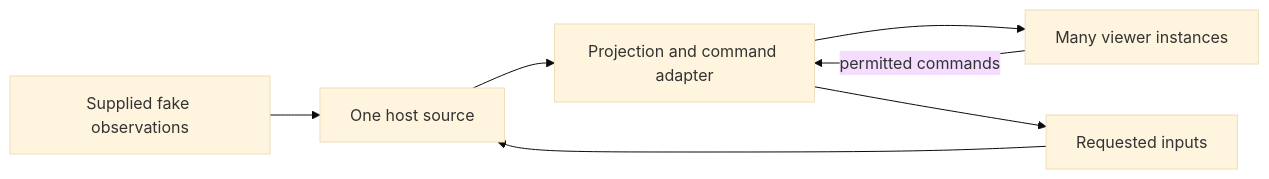
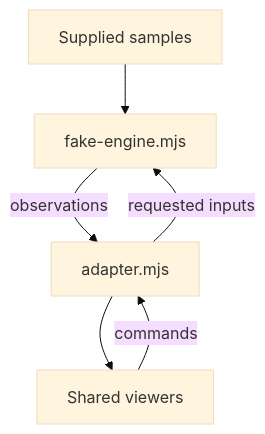
The diagram in software/cadagent/webkit/scada/sim/examples/external-adapter/README.md (Valpatel/cad-agent), drawn with Mermaid (base theme) before and after one commit. The commit also changed other lines of this file and 27 other files, not shown here.

````diff
--- a/software/cadagent/webkit/scada/sim/examples/external-adapter/README.md
+++ b/software/cadagent/webkit/scada/sim/examples/external-adapter/README.md
@@ -17,9 +17,8 @@
 ```mermaid
-flowchart LR
-  Samples[Supplied fake observations] --> Engine[One host source]
-  Requests[Requested inputs] --> Engine
-  Engine --> Adapter[Projection and command adapter]
-  Adapter --> Views[Many viewer instances]
-  Views -->|permitted commands| Adapter
-  Adapter --> Requests
+flowchart TD
+  Samples["Supplied samples"] --> Engine["fake-engine.mjs"]
+  Engine -->|"observations"| Adapter["adapter.mjs"]
+  Adapter --> Views["Shared viewers"]
+  Views -->|"commands"| Adapter
+  Adapter -->|"requested inputs"| Engine
 ```
````
